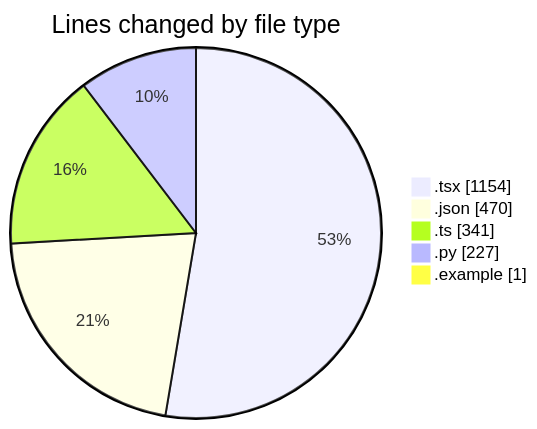
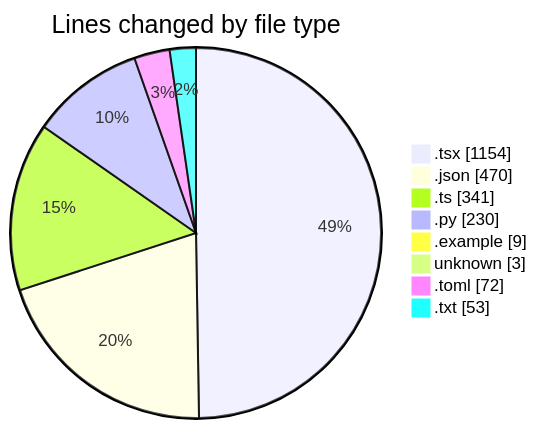
Before and after one commit to Elitesun/code-tracking: the first of 2 diagrams in 2025-04-30/niten/README.md, drawn with Mermaid. The commit also changed other lines of this file and 1 other file, not shown here.

````diff
--- a/2025-04-30/niten/README.md
+++ b/2025-04-30/niten/README.md
@@ -51,9 +54,12 @@
 ```mermaid
 pie showData
 title Lines changed by file type
 ".tsx" : 1154
 ".json" : 470
 ".ts" : 341
-".py" : 227
-".example" : 1
+".py" : 230
+".example" : 9
+"unknown" : 3
+".toml" : 72
+".txt" : 53
 ```
````
